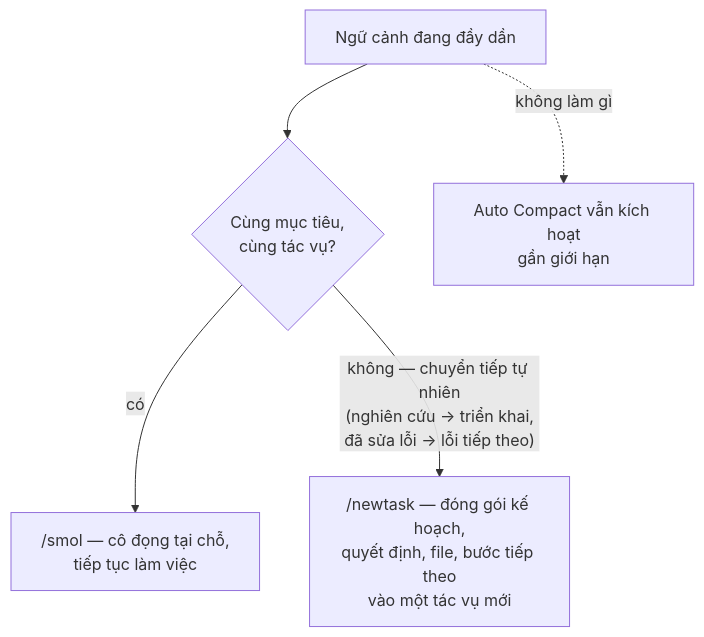
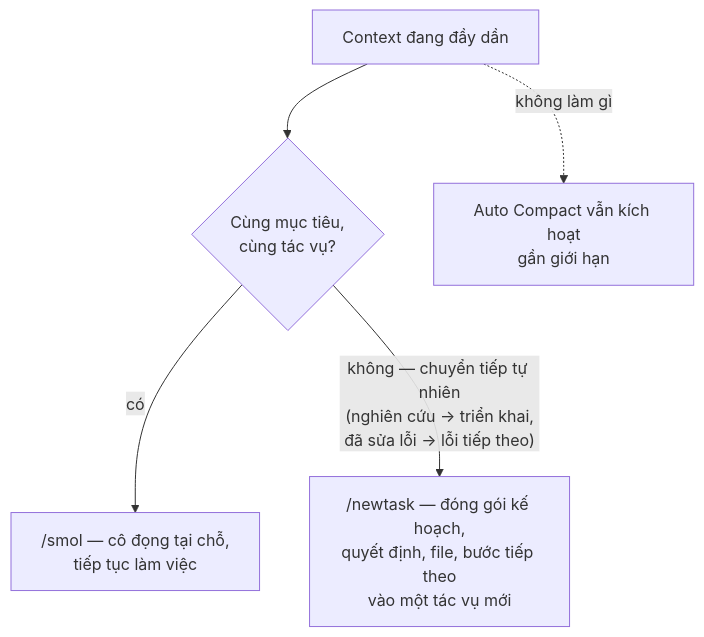
Before and after one commit to dungnm02/token-optimizer: the first of 2 diagrams in solutions/coding-setup-cline.md, drawn with Mermaid. The commit also changed other lines of this file and 25 other files, not shown here.

````diff
--- a/solutions/coding-setup-cline.md
+++ b/solutions/coding-setup-cline.md
@@ -81,7 +80,7 @@
 ```mermaid
 flowchart TD
-    A[Ngữ cảnh đang đầy dần] --> B{Cùng mục tiêu,<br/>cùng tác vụ?}
+    A[Context đang đầy dần] --> B{Cùng mục tiêu,<br/>cùng tác vụ?}
     B -- có --> S["/smol — cô đọng tại chỗ,<br/>tiếp tục làm việc"]
     B -- "không — chuyển tiếp tự nhiên<br/>(nghiên cứu → triển khai,<br/>đã sửa lỗi → lỗi tiếp theo)" --> N["/newtask — đóng gói kế hoạch,<br/>quyết định, file, bước tiếp theo<br/>vào một tác vụ mới"]
     A -.->|không làm gì| C[Auto Compact vẫn kích hoạt<br/>gần giới hạn]
 ```
````
